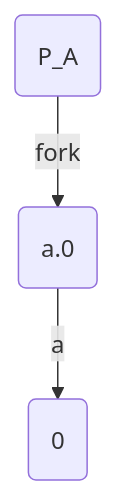
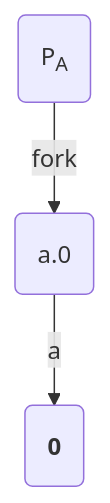
Before and after one commit to benkeks/generalized-equivalence-checking: the second of 2 diagrams in 02_background.qmd, drawn with Mermaid. The commit also changed other lines of this file and 1 other file, not shown here.

````diff
--- a/02_background.qmd
+++ b/02_background.qmd
@@ -113,5 +113,5 @@
   ```{mermaid}
   flowchart TD
-    p0(P_A) -- fork --> pA(a.0)
-    pA -- a --> 0(0)
+    p0(P<sub>A</sub>) -- fork --> pA(a.0)
+    pA -- a --> 0(<strong>0</strong>)
   ```
````
